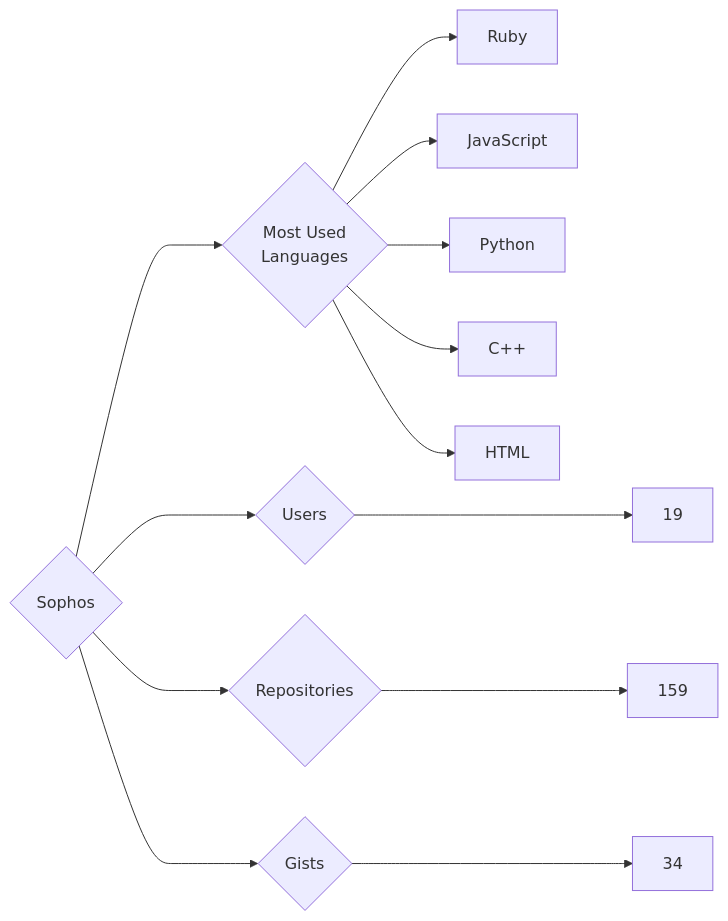
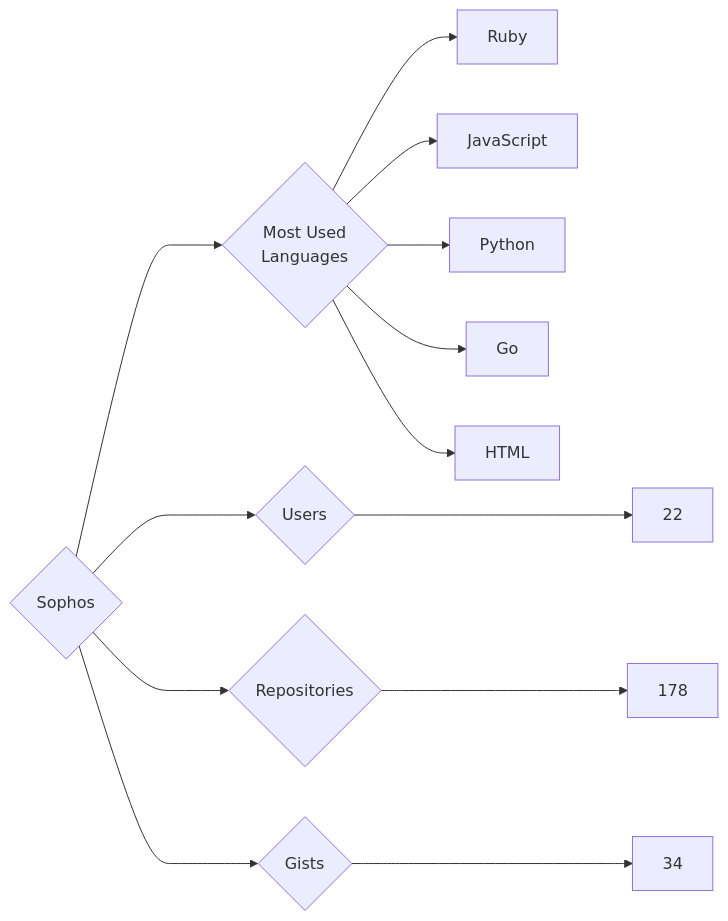
One commit to trickest/insiders changed the diagram in targets/Sophos/README.md. Above: the diagram before and after it, drawn with Mermaid. The commit also changed 725 other files, not shown here.

````diff
--- a/targets/Sophos/README.md
+++ b/targets/Sophos/README.md
@@ -3,13 +3,13 @@
 ```mermaid
 graph LR
 COMPANY_NAME{Sophos}
-COMPANY_NAME ---> U{Users} ---> UN[19]
-COMPANY_NAME ---> R{Repositories} ---> RN[159]
+COMPANY_NAME ---> U{Users} ---> UN[22]
+COMPANY_NAME ---> R{Repositories} ---> RN[178]
 COMPANY_NAME ---> G{Gists} ---> GN[34]
 COMPANY_NAME ---> ML{Most Used<br>Languages}
 ML --> Ruby[Ruby]
 ML --> JavaScript[JavaScript]
 ML --> Python[Python]
-ML --> C++[C++]
+ML --> Go[Go]
 ML --> HTML[HTML]
 ```
````
